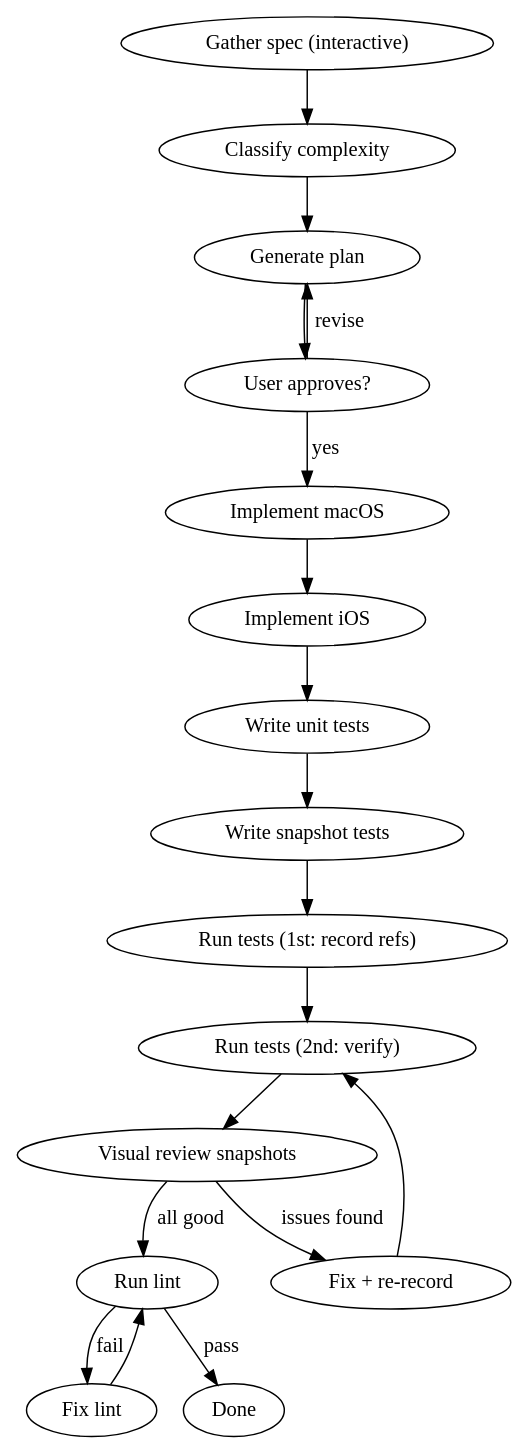
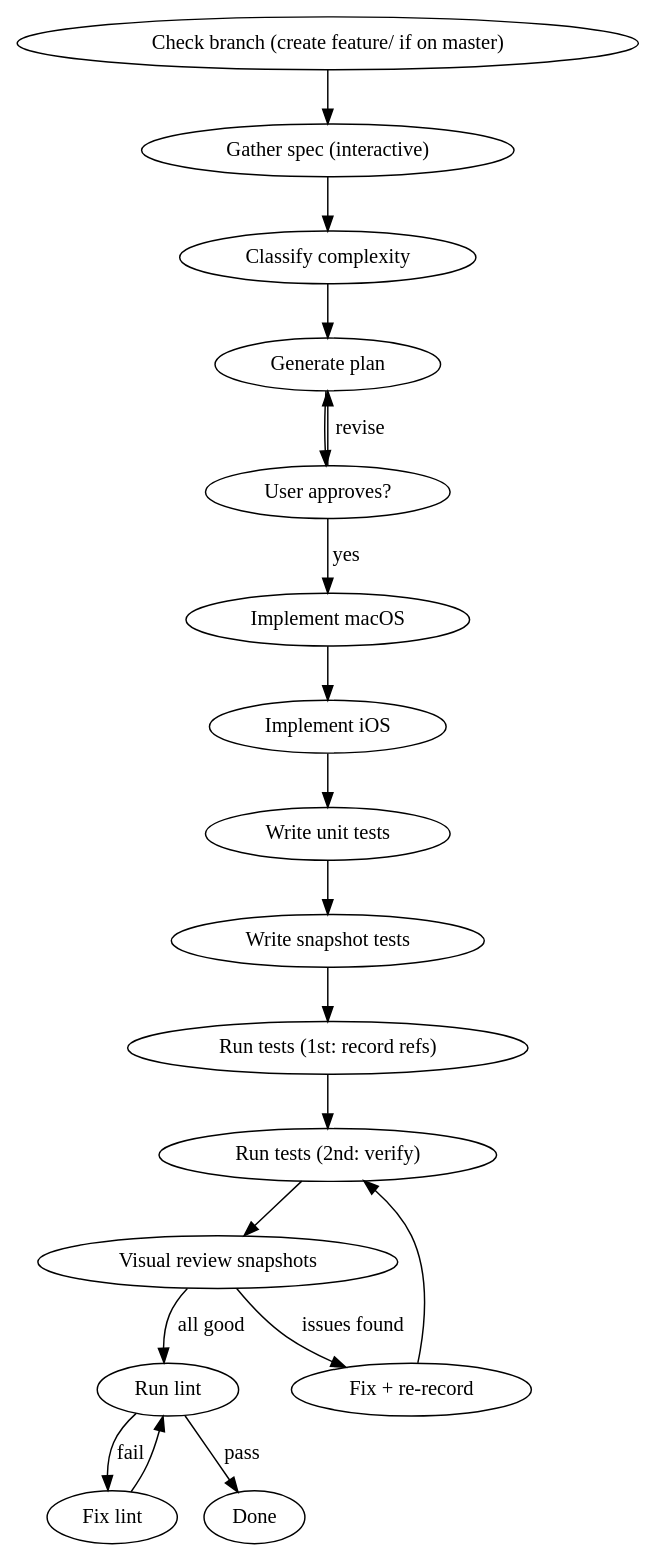
Before and after one commit to s-emp/EmpDesignSystem: the diagram in .claude/skills/create-component/SKILL.md, drawn with Graphviz. The commit also changed other lines of this file, not shown here.

````diff
--- a/.claude/skills/create-component/SKILL.md
+++ b/.claude/skills/create-component/SKILL.md
@@ -14,21 +14,22 @@
 ```dot
 digraph create_component {
+    "Check branch (create feature/ if on master)" -> "Gather spec (interactive)";
     "Gather spec (interactive)" -> "Classify complexity";
     "Classify complexity" -> "Generate plan";
     "Generate plan" -> "User approves?";
     "User approves?" -> "Generate plan" [label="revise"];
     "User approves?" -> "Implement macOS" [label="yes"];
     "Implement macOS" -> "Implement iOS";
     "Implement iOS" -> "Write unit tests";
     "Write unit tests" -> "Write snapshot tests";
     "Write snapshot tests" -> "Run tests (1st: record refs)";
     "Run tests (1st: record refs)" -> "Run tests (2nd: verify)";
     "Run tests (2nd: verify)" -> "Visual review snapshots";
     "Visual review snapshots" -> "Fix + re-record" [label="issues found"];
     "Fix + re-record" -> "Run tests (2nd: verify)";
     "Visual review snapshots" -> "Run lint" [label="all good"];
     "Run lint" -> "Fix lint" [label="fail"];
     "Fix lint" -> "Run lint";
     "Run lint" -> "Done" [label="pass"];
 }
 ```
````
